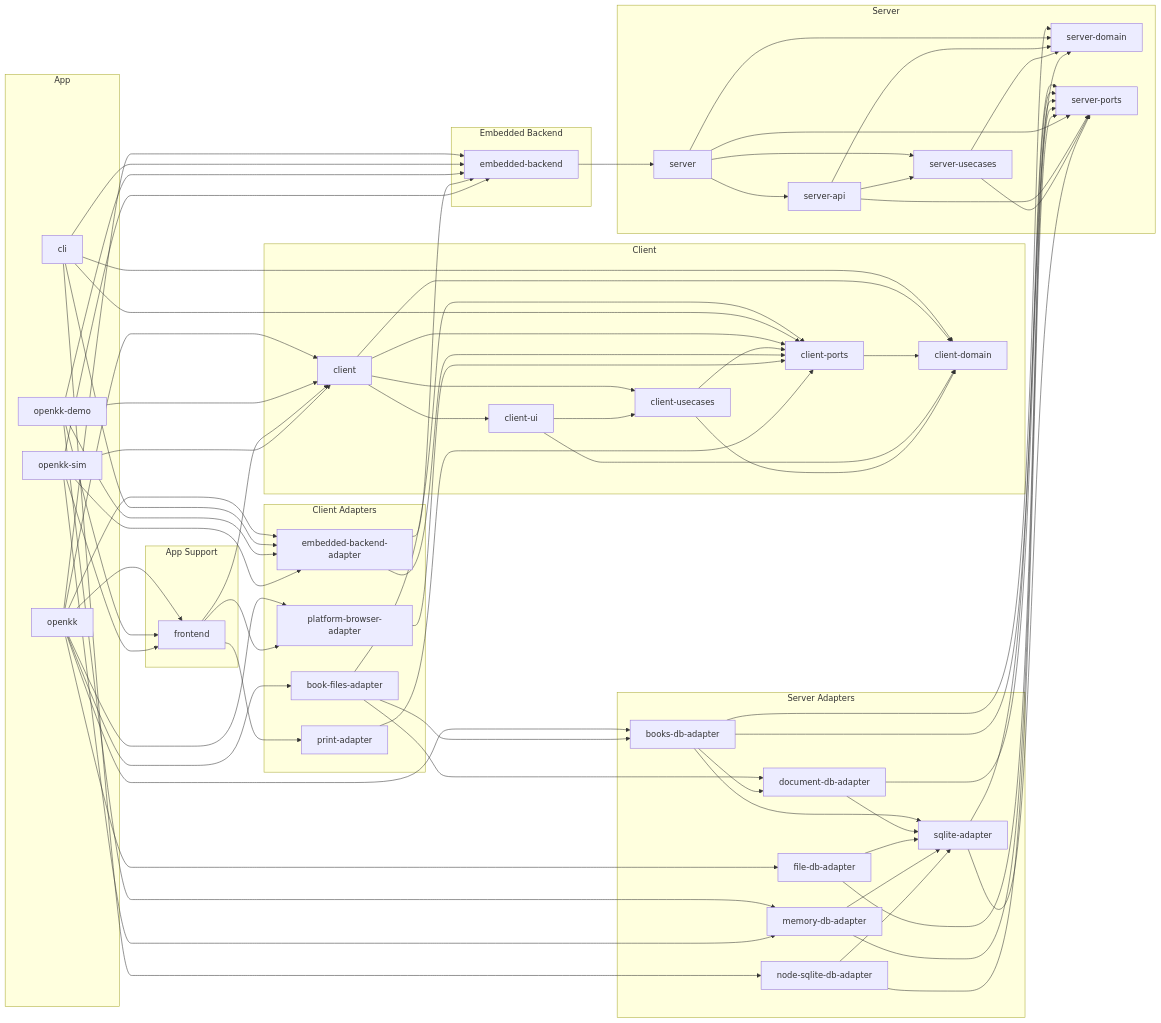
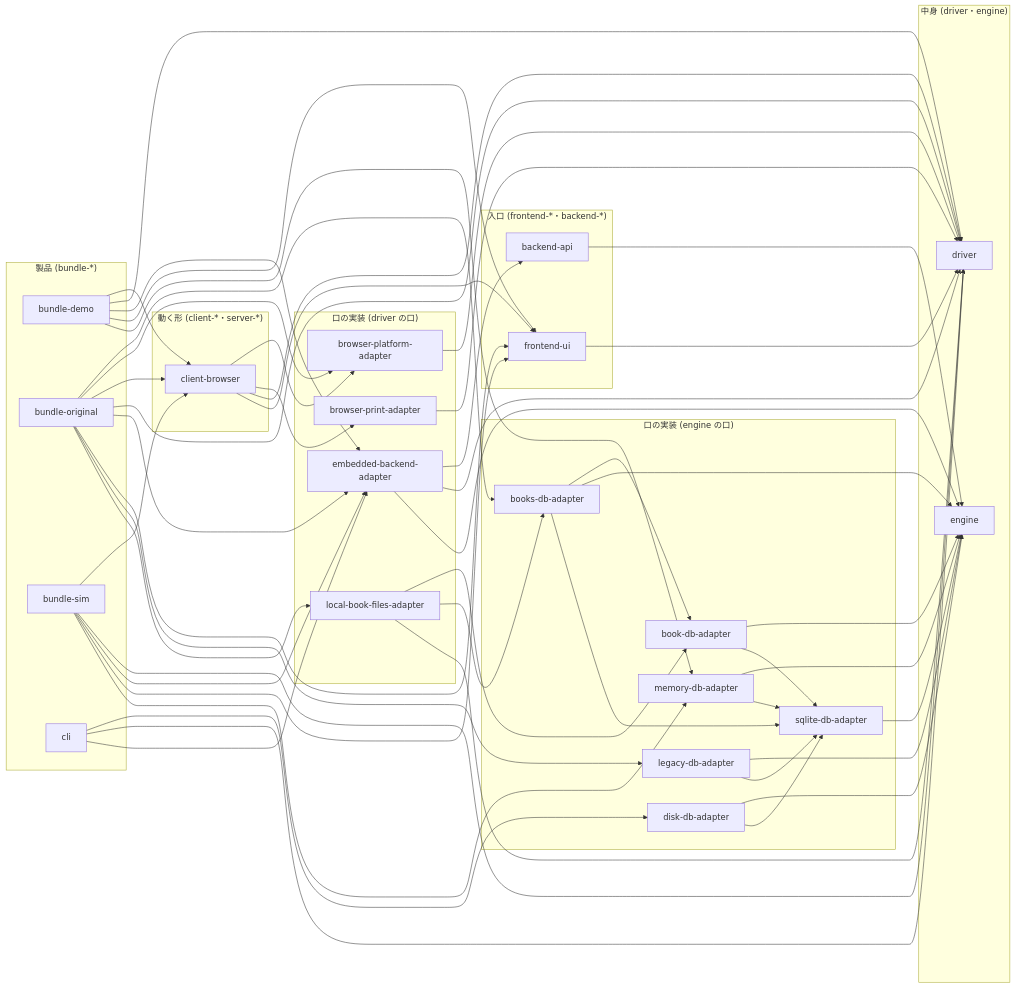
Before and after one commit to rubydogjp/openkk: the diagram in docs/dependency-graph.md, drawn with Mermaid. The commit also changed other lines of this file and 933 other files, not shown here.

Commit message:
refactor: パッケージを箱の 5 種類 (中身 driver・engine / 入口 frontend-ui・backend-api / 動く形 client-browser / 口の実装 <相手>-<口>-adapter / 製品 bundle-*) の名前と置き場に付け替える (振る舞いは変えない。束ねるだけの client・server はなくし、npm へはどれも出さない設定にする)

````diff
--- a/docs/dependency-graph.md
+++ b/docs/dependency-graph.md
@@ -11,116 +11,87 @@
 ```mermaid
 graph LR
-  subgraph app["App"]
-    rubydogjp_openkk["openkk"]
+  subgraph bundle["製品 (bundle-*)"]
+    rubydogjp_openkk_bundle_demo["bundle-demo"]
+    rubydogjp_openkk_bundle_original["bundle-original"]
+    rubydogjp_openkk_bundle_sim["bundle-sim"]
     rubydogjp_openkk_cli["cli"]
-    rubydogjp_openkk_demo["openkk-demo"]
-    rubydogjp_openkk_sim["openkk-sim"]
   end
 
-  subgraph app_support["App Support"]
-    rubydogjp_openkk_frontend["frontend"]
+  subgraph runtime["動く形 (client-*・server-*)"]
+    rubydogjp_openkk_client_browser["client-browser"]
   end
 
-  subgraph client_adapters["Client Adapters"]
-    rubydogjp_openkk_book_files_adapter["book-files-adapter"]
-    rubydogjp_openkk_embedded_backend_adapter["embedded-backend-adapter"]
-    rubydogjp_openkk_platform_browser_adapter["platform-browser-adapter"]
-    rubydogjp_openkk_print_adapter["print-adapter"]
+  subgraph entry["入口 (frontend-*・backend-*)"]
+    rubydogjp_openkk_backend_api["backend-api"]
+    rubydogjp_openkk_frontend_ui["frontend-ui"]
   end
 
-  subgraph client["Client"]
-    rubydogjp_openkk_client["client"]
-    rubydogjp_openkk_client_domain["client-domain"]
-    rubydogjp_openkk_client_ports["client-ports"]
-    rubydogjp_openkk_client_ui["client-ui"]
-    rubydogjp_openkk_client_usecases["client-usecases"]
+  subgraph driver_adapter["口の実装 (driver の口)"]
+    rubydogjp_openkk_browser_platform_adapter["browser-platform-adapter"]
+    rubydogjp_openkk_browser_print_adapter["browser-print-adapter"]
+    rubydogjp_openkk_embedded_backend_adapter["embedded-backend-adapter"]
+    rubydogjp_openkk_local_book_files_adapter["local-book-files-adapter"]
   end
 
-  subgraph embedded_backend["Embedded Backend"]
-    rubydogjp_openkk_embedded_backend["embedded-backend"]
+  subgraph engine_adapter["口の実装 (engine の口)"]
+    rubydogjp_openkk_book_db_adapter["book-db-adapter"]
+    rubydogjp_openkk_books_db_adapter["books-db-adapter"]
+    rubydogjp_openkk_disk_db_adapter["disk-db-adapter"]
+    rubydogjp_openkk_legacy_db_adapter["legacy-db-adapter"]
+    rubydogjp_openkk_memory_db_adapter["memory-db-adapter"]
+    rubydogjp_openkk_sqlite_db_adapter["sqlite-db-adapter"]
   end
 
-  subgraph server_adapters["Server Adapters"]
-    rubydogjp_openkk_books_db_adapter["books-db-adapter"]
-    rubydogjp_openkk_document_db_adapter["document-db-adapter"]
-    rubydogjp_openkk_file_db_adapter["file-db-adapter"]
-    rubydogjp_openkk_memory_db_adapter["memory-db-adapter"]
-    rubydogjp_openkk_node_sqlite_db_adapter["node-sqlite-db-adapter"]
-    rubydogjp_openkk_sqlite_adapter["sqlite-adapter"]
+  subgraph core["中身 (driver・engine)"]
+    rubydogjp_openkk_driver["driver"]
+    rubydogjp_openkk_engine["engine"]
   end
 
-  subgraph server["Server"]
-    rubydogjp_openkk_server["server"]
-    rubydogjp_openkk_server_api["server-api"]
-    rubydogjp_openkk_server_domain["server-domain"]
-    rubydogjp_openkk_server_ports["server-ports"]
-    rubydogjp_openkk_server_usecases["server-usecases"]
-  end
-
-  rubydogjp_openkk --> rubydogjp_openkk_book_files_adapter
-  rubydogjp_openkk --> rubydogjp_openkk_books_db_adapter
-  rubydogjp_openkk --> rubydogjp_openkk_client
-  rubydogjp_openkk --> rubydogjp_openkk_embedded_backend
-  rubydogjp_openkk --> rubydogjp_openkk_embedded_backend_adapter
-  rubydogjp_openkk --> rubydogjp_openkk_file_db_adapter
-  rubydogjp_openkk --> rubydogjp_openkk_frontend
-  rubydogjp_openkk --> rubydogjp_openkk_platform_browser_adapter
-  rubydogjp_openkk_book_files_adapter --> rubydogjp_openkk_books_db_adapter
-  rubydogjp_openkk_book_files_adapter --> rubydogjp_openkk_client_ports
-  rubydogjp_openkk_book_files_adapter --> rubydogjp_openkk_document_db_adapter
-  rubydogjp_openkk_books_db_adapter --> rubydogjp_openkk_document_db_adapter
-  rubydogjp_openkk_books_db_adapter --> rubydogjp_openkk_server_domain
-  rubydogjp_openkk_books_db_adapter --> rubydogjp_openkk_server_ports
-  rubydogjp_openkk_books_db_adapter --> rubydogjp_openkk_sqlite_adapter
-  rubydogjp_openkk_cli --> rubydogjp_openkk_client_domain
-  rubydogjp_openkk_cli --> rubydogjp_openkk_client_ports
-  rubydogjp_openkk_cli --> rubydogjp_openkk_embedded_backend
+  rubydogjp_openkk_backend_api --> rubydogjp_openkk_engine
+  rubydogjp_openkk_book_db_adapter --> rubydogjp_openkk_engine
+  rubydogjp_openkk_book_db_adapter --> rubydogjp_openkk_sqlite_db_adapter
+  rubydogjp_openkk_books_db_adapter --> rubydogjp_openkk_book_db_adapter
+  rubydogjp_openkk_books_db_adapter --> rubydogjp_openkk_engine
+  rubydogjp_openkk_books_db_adapter --> rubydogjp_openkk_sqlite_db_adapter
+  rubydogjp_openkk_browser_platform_adapter --> rubydogjp_openkk_driver
+  rubydogjp_openkk_browser_print_adapter --> rubydogjp_openkk_driver
+  rubydogjp_openkk_bundle_demo --> rubydogjp_openkk_client_browser
+  rubydogjp_openkk_bundle_demo --> rubydogjp_openkk_driver
+  rubydogjp_openkk_bundle_demo --> rubydogjp_openkk_embedded_backend_adapter
+  rubydogjp_openkk_bundle_demo --> rubydogjp_openkk_frontend_ui
+  rubydogjp_openkk_bundle_demo --> rubydogjp_openkk_memory_db_adapter
+  rubydogjp_openkk_bundle_original --> rubydogjp_openkk_books_db_adapter
+  rubydogjp_openkk_bundle_original --> rubydogjp_openkk_browser_platform_adapter
+  rubydogjp_openkk_bundle_original --> rubydogjp_openkk_client_browser
+  rubydogjp_openkk_bundle_original --> rubydogjp_openkk_driver
+  rubydogjp_openkk_bundle_original --> rubydogjp_openkk_embedded_backend_adapter
+  rubydogjp_openkk_bundle_original --> rubydogjp_openkk_frontend_ui
+  rubydogjp_openkk_bundle_original --> rubydogjp_openkk_legacy_db_adapter
+  rubydogjp_openkk_bundle_original --> rubydogjp_openkk_local_book_files_adapter
+  rubydogjp_openkk_bundle_sim --> rubydogjp_openkk_client_browser
+  rubydogjp_openkk_bundle_sim --> rubydogjp_openkk_driver
+  rubydogjp_openkk_bundle_sim --> rubydogjp_openkk_embedded_backend_adapter
+  rubydogjp_openkk_bundle_sim --> rubydogjp_openkk_frontend_ui
+  rubydogjp_openkk_bundle_sim --> rubydogjp_openkk_memory_db_adapter
+  rubydogjp_openkk_cli --> rubydogjp_openkk_disk_db_adapter
+  rubydogjp_openkk_cli --> rubydogjp_openkk_driver
   rubydogjp_openkk_cli --> rubydogjp_openkk_embedded_backend_adapter
-  rubydogjp_openkk_cli --> rubydogjp_openkk_node_sqlite_db_adapter
-  rubydogjp_openkk_client --> rubydogjp_openkk_client_domain
-  rubydogjp_openkk_client --> rubydogjp_openkk_client_ports
-  rubydogjp_openkk_client --> rubydogjp_openkk_client_ui
-  rubydogjp_openkk_client --> rubydogjp_openkk_client_usecases
-  rubydogjp_openkk_client_ports --> rubydogjp_openkk_client_domain
-  rubydogjp_openkk_client_ui --> rubydogjp_openkk_client_domain
-  rubydogjp_openkk_client_ui --> rubydogjp_openkk_client_usecases
-  rubydogjp_openkk_client_usecases --> rubydogjp_openkk_client_domain
-  rubydogjp_openkk_client_usecases --> rubydogjp_openkk_client_ports
-  rubydogjp_openkk_demo --> rubydogjp_openkk_client
-  rubydogjp_openkk_demo --> rubydogjp_openkk_embedded_backend
-  rubydogjp_openkk_demo --> rubydogjp_openkk_embedded_backend_adapter
-  rubydogjp_openkk_demo --> rubydogjp_openkk_frontend
-  rubydogjp_openkk_demo --> rubydogjp_openkk_memory_db_adapter
-  rubydogjp_openkk_document_db_adapter --> rubydogjp_openkk_server_ports
-  rubydogjp_openkk_document_db_adapter --> rubydogjp_openkk_sqlite_adapter
-  rubydogjp_openkk_embedded_backend --> rubydogjp_openkk_server
-  rubydogjp_openkk_embedded_backend_adapter --> rubydogjp_openkk_client_ports
-  rubydogjp_openkk_embedded_backend_adapter --> rubydogjp_openkk_embedded_backend
-  rubydogjp_openkk_file_db_adapter --> rubydogjp_openkk_server_ports
-  rubydogjp_openkk_file_db_adapter --> rubydogjp_openkk_sqlite_adapter
-  rubydogjp_openkk_frontend --> rubydogjp_openkk_client
-  rubydogjp_openkk_frontend --> rubydogjp_openkk_platform_browser_adapter
-  rubydogjp_openkk_frontend --> rubydogjp_openkk_print_adapter
-  rubydogjp_openkk_memory_db_adapter --> rubydogjp_openkk_server_ports
-  rubydogjp_openkk_memory_db_adapter --> rubydogjp_openkk_sqlite_adapter
-  rubydogjp_openkk_node_sqlite_db_adapter --> rubydogjp_openkk_server_ports
-  rubydogjp_openkk_node_sqlite_db_adapter --> rubydogjp_openkk_sqlite_adapter
-  rubydogjp_openkk_platform_browser_adapter --> rubydogjp_openkk_client_ports
-  rubydogjp_openkk_print_adapter --> rubydogjp_openkk_client_ports
-  rubydogjp_openkk_server --> rubydogjp_openkk_server_api
-  rubydogjp_openkk_server --> rubydogjp_openkk_server_domain
-  rubydogjp_openkk_server --> rubydogjp_openkk_server_ports
-  rubydogjp_openkk_server --> rubydogjp_openkk_server_usecases
-  rubydogjp_openkk_server_api --> rubydogjp_openkk_server_domain
-  rubydogjp_openkk_server_api --> rubydogjp_openkk_server_ports
-  rubydogjp_openkk_server_api --> rubydogjp_openkk_server_usecases
-  rubydogjp_openkk_server_usecases --> rubydogjp_openkk_server_domain
-  rubydogjp_openkk_server_usecases --> rubydogjp_openkk_server_ports
-  rubydogjp_openkk_sim --> rubydogjp_openkk_client
-  rubydogjp_openkk_sim --> rubydogjp_openkk_embedded_backend
-  rubydogjp_openkk_sim --> rubydogjp_openkk_embedded_backend_adapter
-  rubydogjp_openkk_sim --> rubydogjp_openkk_frontend
-  rubydogjp_openkk_sim --> rubydogjp_openkk_memory_db_adapter
-  rubydogjp_openkk_sqlite_adapter --> rubydogjp_openkk_server_domain
-  rubydogjp_openkk_sqlite_adapter --> rubydogjp_openkk_server_ports
+  rubydogjp_openkk_client_browser --> rubydogjp_openkk_browser_platform_adapter
+  rubydogjp_openkk_client_browser --> rubydogjp_openkk_browser_print_adapter
+  rubydogjp_openkk_client_browser --> rubydogjp_openkk_driver
+  rubydogjp_openkk_client_browser --> rubydogjp_openkk_frontend_ui
+  rubydogjp_openkk_disk_db_adapter --> rubydogjp_openkk_engine
+  rubydogjp_openkk_disk_db_adapter --> rubydogjp_openkk_sqlite_db_adapter
+  rubydogjp_openkk_embedded_backend_adapter --> rubydogjp_openkk_backend_api
+  rubydogjp_openkk_embedded_backend_adapter --> rubydogjp_openkk_driver
+  rubydogjp_openkk_embedded_backend_adapter --> rubydogjp_openkk_engine
+  rubydogjp_openkk_frontend_ui --> rubydogjp_openkk_driver
+  rubydogjp_openkk_legacy_db_adapter --> rubydogjp_openkk_engine
+  rubydogjp_openkk_legacy_db_adapter --> rubydogjp_openkk_sqlite_db_adapter
+  rubydogjp_openkk_local_book_files_adapter --> rubydogjp_openkk_book_db_adapter
+  rubydogjp_openkk_local_book_files_adapter --> rubydogjp_openkk_books_db_adapter
+  rubydogjp_openkk_local_book_files_adapter --> rubydogjp_openkk_driver
+  rubydogjp_openkk_memory_db_adapter --> rubydogjp_openkk_engine
+  rubydogjp_openkk_memory_db_adapter --> rubydogjp_openkk_sqlite_db_adapter
+  rubydogjp_openkk_sqlite_db_adapter --> rubydogjp_openkk_engine
 ```
````
